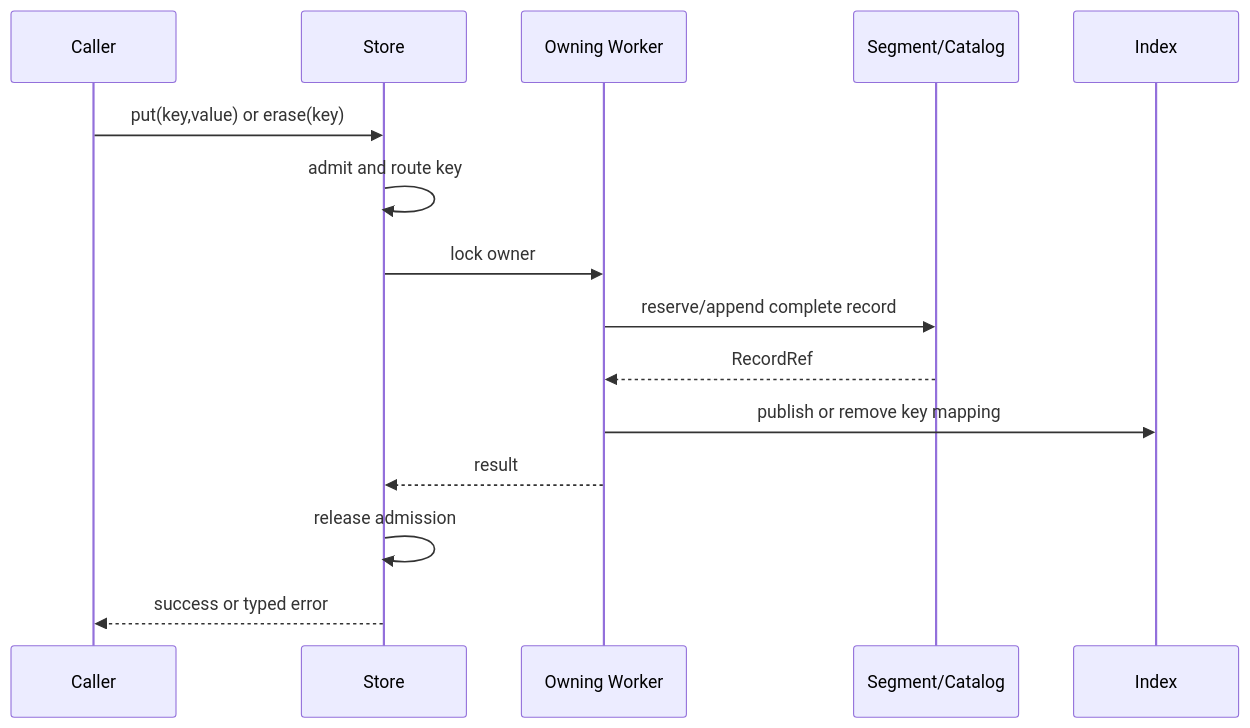
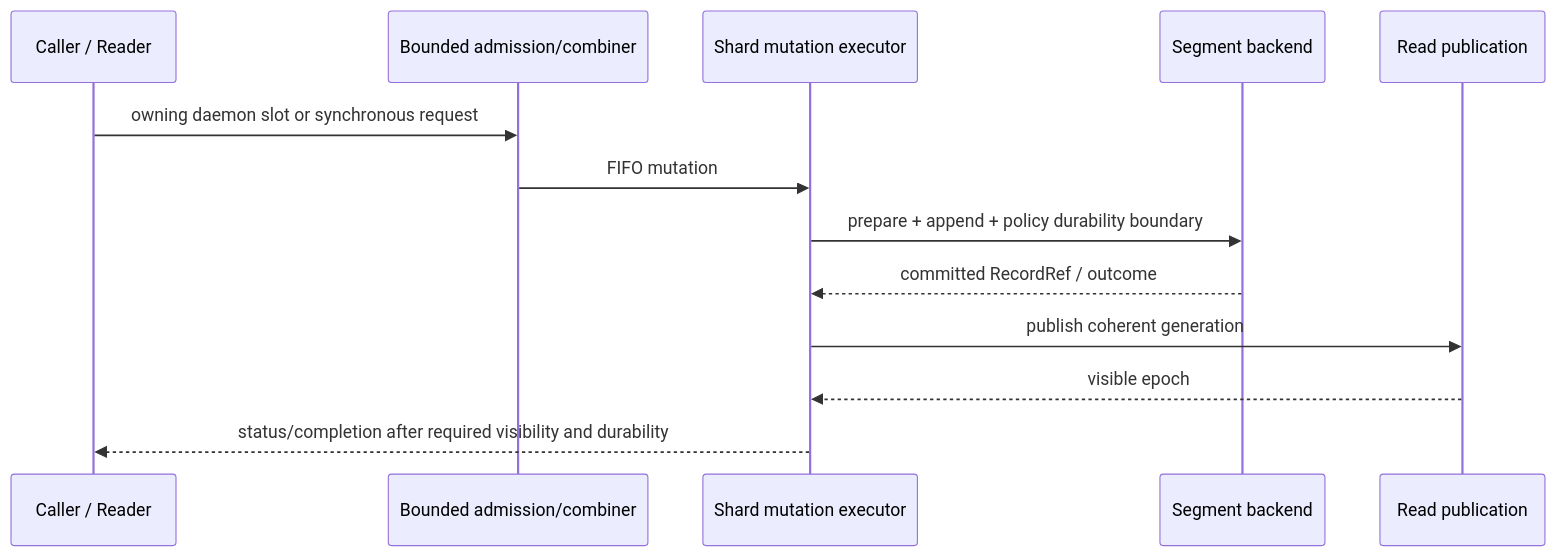
Before and after one commit to gpicchiarelli/GlyphaStore: the third of 4 diagrams in docs/spec/architecture.md, drawn with Mermaid. The commit also changed other lines of this file and 43 other files, not shown here.

````diff
--- a/docs/spec/architecture.md
+++ b/docs/spec/architecture.md
@@ -118,18 +219,15 @@
 ```mermaid
 sequenceDiagram
-    participant C as Caller
-    participant S as Store
-    participant W as Owning Worker
-    participant G as Segment/Catalog
-    participant I as Index
-
-    C->>S: put(key,value) or erase(key)
-    S->>S: admit and route key
-    S->>W: lock owner
-    W->>G: reserve/append complete record
-    G-->>W: RecordRef
-    W->>I: publish or remove key mapping
-    W-->>S: result
-    S->>S: release admission
-    S-->>C: success or typed error
+    participant C as Caller / Reader
+    participant Q as Bounded admission/combiner
+    participant W as Shard mutation executor
+    participant B as Segment backend
+    participant P as Read publication
+    C->>Q: owning daemon slot or synchronous request
+    Q->>W: FIFO mutation
+    W->>B: prepare + append + policy durability boundary
+    B-->>W: committed RecordRef / outcome
+    W->>P: publish coherent generation
+    P-->>W: visible epoch
+    W-->>C: status/completion after required visibility and durability
 ```
````
